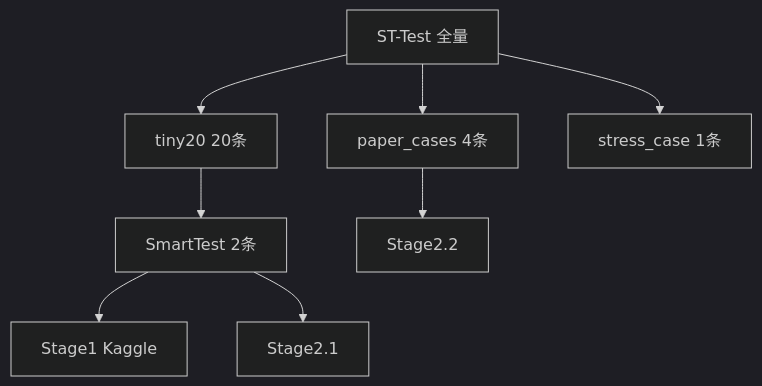
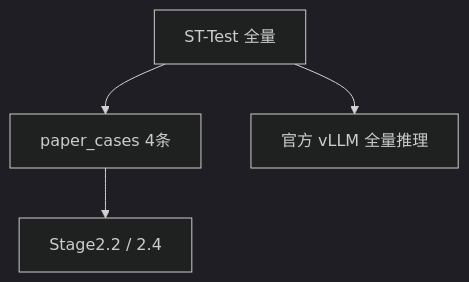
One commit to XWWW-XD/STReasoner_reproduce changed the second of 3 diagrams in 00_new_codes/guides/pipeline_map.md. Above: the diagram before and after it, drawn with Mermaid (dark theme). The commit also changed other lines of this file and 258 other files, not shown here.

````diff
--- a/00_new_codes/guides/pipeline_map.md
+++ b/00_new_codes/guides/pipeline_map.md
@@ -362,10 +345,6 @@
 ```mermaid
 flowchart TB
-  FULL["ST-Test 全量"] --> T20["tiny20 20条"]
-  FULL --> PC["paper_cases 4条"]
-  FULL --> ST["stress_case 1条"]
-  T20 --> SM["SmartTest 2条"]
-  SM --> S1["Stage1 Kaggle"]
-  SM --> S21["Stage2.1"]
-  PC --> S22["Stage2.2"]
+  FULL["ST-Test 全量"] --> PC["paper_cases 4条"]
+  PC --> S22["Stage2.2 / 2.4"]
+  FULL --> VLLM["官方 vLLM 全量推理"]
 ```
````
